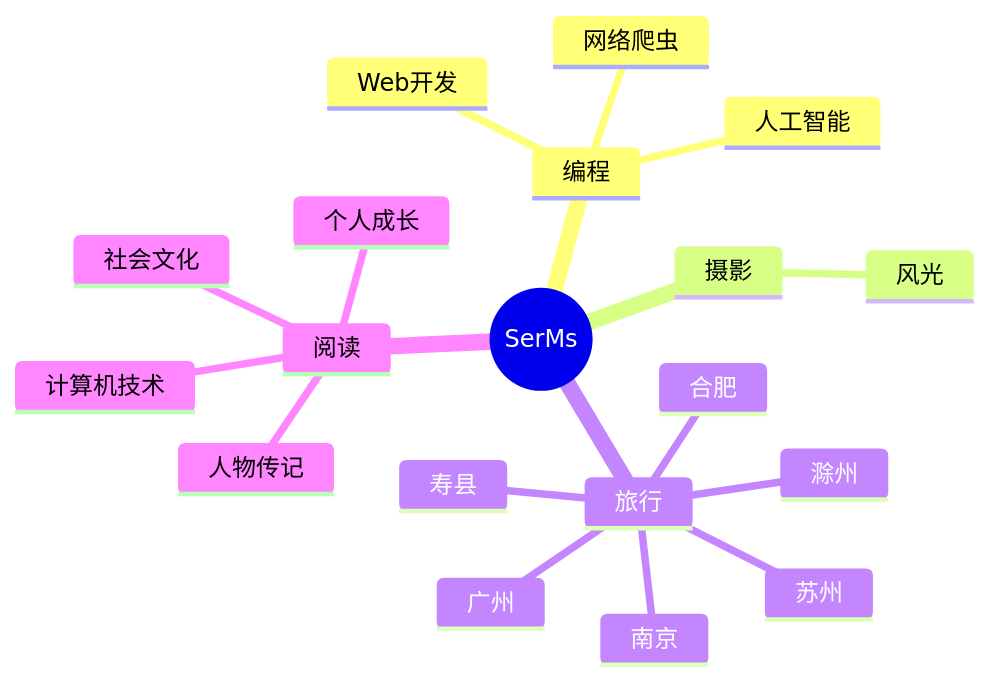
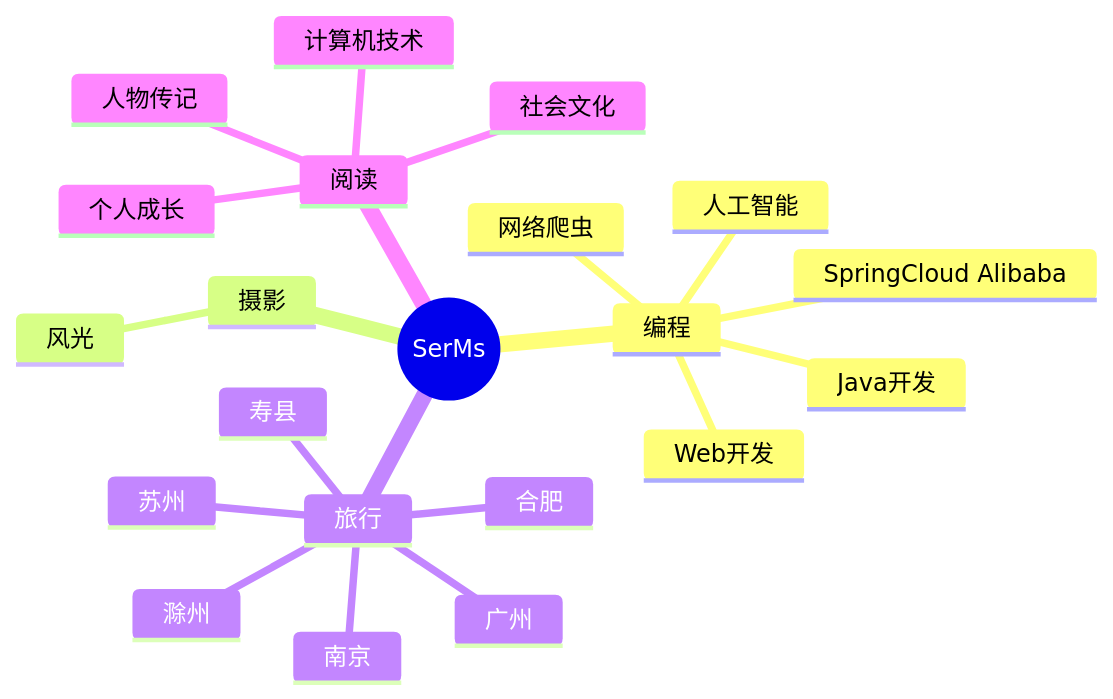
One commit to SerMs/SerMs changed the diagram in README.md. Above: the diagram before and after it, drawn with Mermaid. The commit also changed other lines of this file, not shown here.

````diff
--- a/README.md
+++ b/README.md
@@ -197,22 +197,24 @@
 ```mermaid
 mindmap
   root((SerMs))
     编程
       Web开发
+      Java开发
+      SpringCloud Alibaba
       网络爬虫
       人工智能
     摄影
       风光
     旅行
       广州
       苏州
       南京
       滁州
       合肥
       寿县
     阅读
       人物传记
       个人成长
       社会文化
       计算机技术
 ```
````
